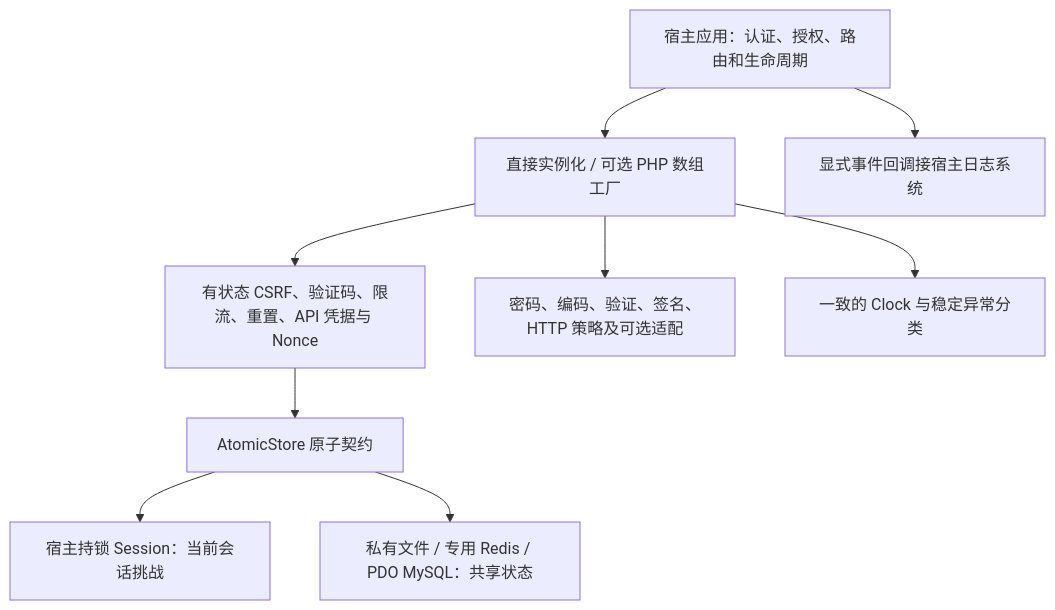
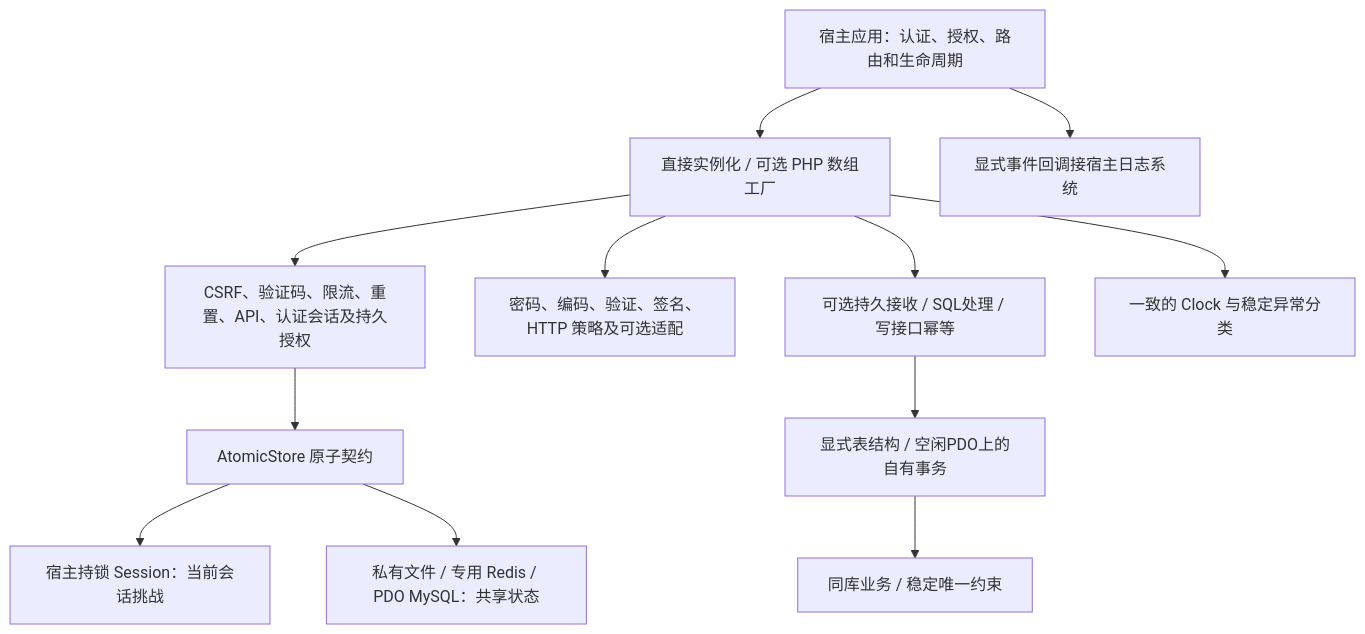
The diagram in docs/architecture.md (sohophp/SoSecurity), drawn with Mermaid before and after one commit. The commit also changed other lines of this file and 820 other files, not shown here.

````diff
--- a/docs/architecture.md
+++ b/docs/architecture.md
@@ -5,11 +111,14 @@
 ```mermaid
 flowchart TD
     Host[宿主应用：认证、授权、路由和生命周期] --> Entry[直接实例化 / 可选 PHP 数组工厂]
-    Entry --> Stateful[有状态 CSRF、验证码、限流、重置、API 凭据与 Nonce]
+    Entry --> Stateful[CSRF、验证码、限流、重置、API、认证会话及持久授权]
     Entry --> Independent[密码、编码、验证、签名、HTTP 策略及可选适配]
     Stateful --> Contract[AtomicStore 原子契约]
     Contract --> Session[宿主持锁 Session：当前会话挑战]
     Contract --> Shared[私有文件 / 专用 Redis / PDO MySQL：共享状态]
+    Entry --> Sql[可选持久接收 / SQL处理 / 写接口幂等]
+    Sql --> SqlContract[显式表结构 / 空闲PDO上的自有事务]
+    SqlContract --> Business[同库业务 / 稳定唯一约束]
     Entry --> Clock[一致的 Clock 与稳定异常分类]
     Host --> Audit[显式事件回调接宿主日志系统]
 ```
````
